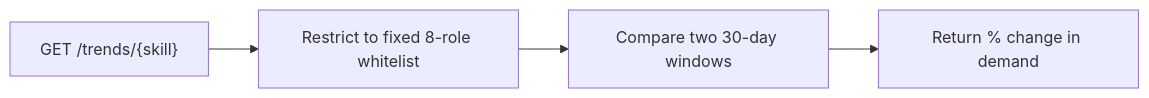
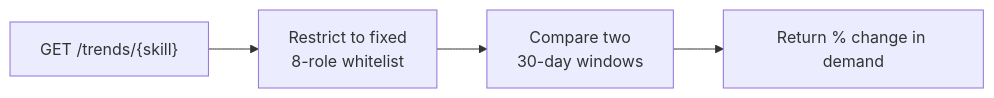
The sixth of 7 diagrams in README.md (DharmiSapariya/NextSkill), drawn with Mermaid before and after one commit. The commit also changed other lines of this file, not shown here.

Commit message:
docs: remove TOC, add flow-by-flow diagrams and explanations

````diff
--- a/README.md
+++ b/README.md
@@ -221,6 +198,6 @@
 ```mermaid
 flowchart LR
-    A["GET /trends/{skill}"] --> B["Restrict to fixed 8-role whitelist"]
-    B --> C["Compare two 30-day windows"]
+    A["GET /trends/{skill}"] --> B["Restrict to fixed<br/>8-role whitelist"]
+    B --> C["Compare two<br/>30-day windows"]
     C --> D["Return % change in demand"]
 ```
````
